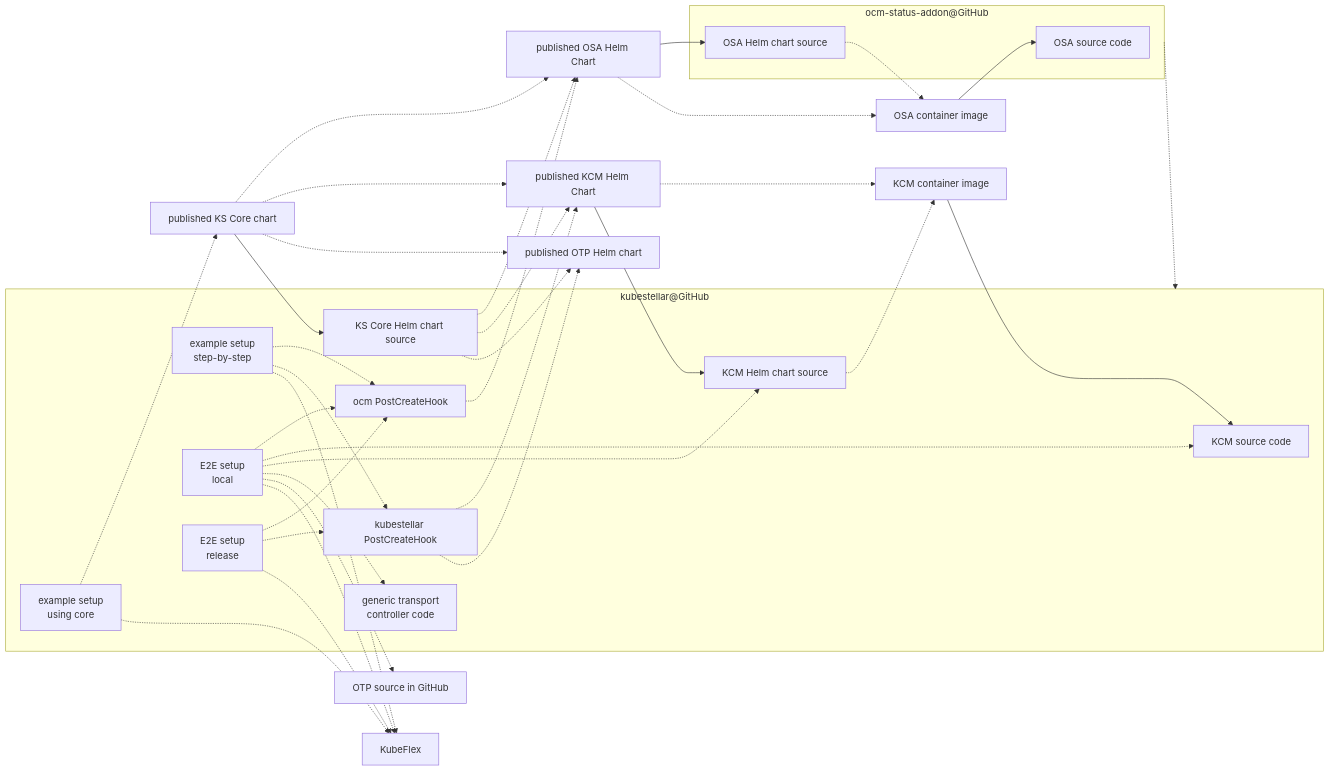
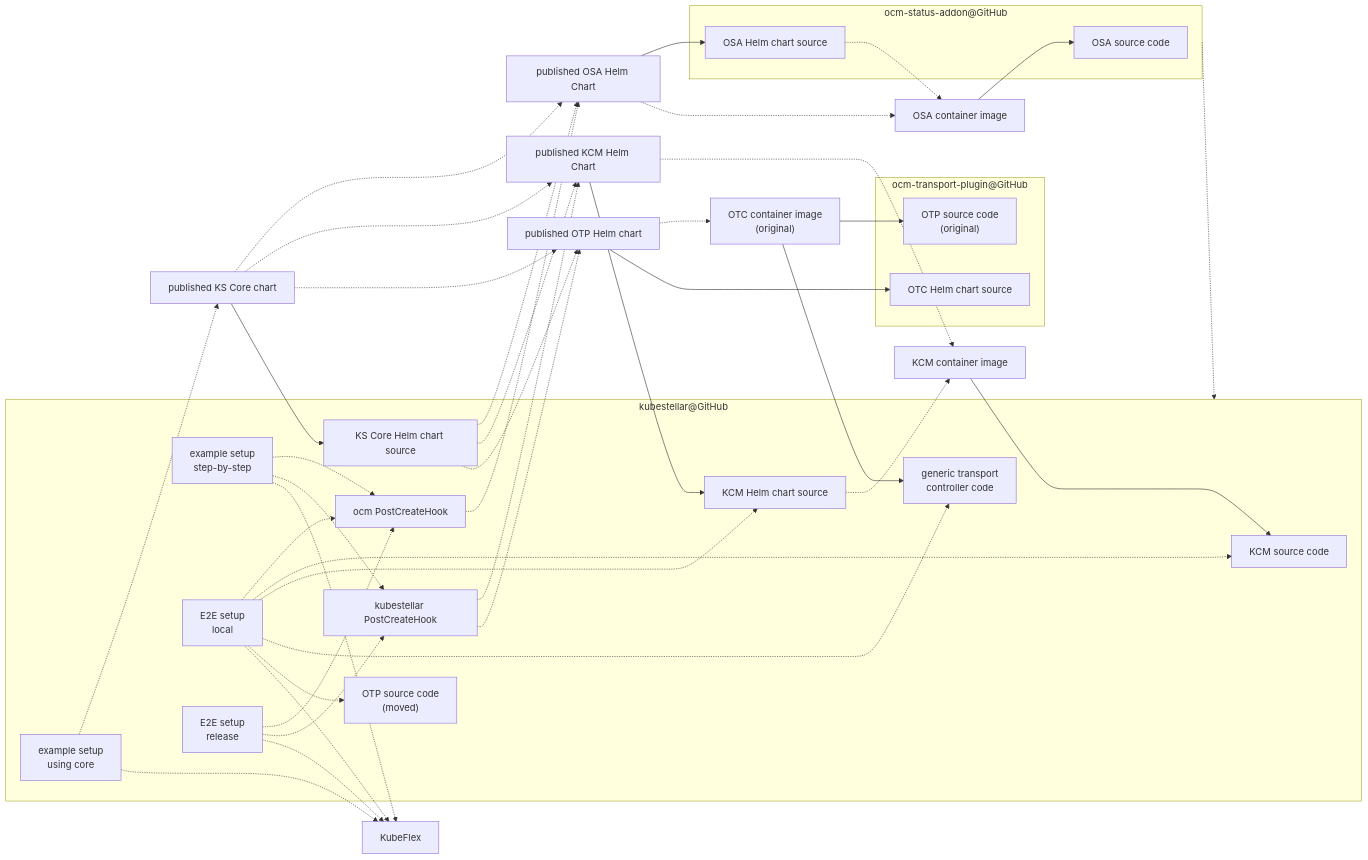
The fifth of 5 diagrams in docs/content/direct/packaging.md (kubestellar/kubestellar), drawn with Mermaid before and after one commit. The commit also changed other lines of this file, not shown here.

Commit message:
Update doc wrt OTP partial move already done

````diff
--- a/docs/content/direct/packaging.md
+++ b/docs/content/direct/packaging.md
@@ -340,53 +345,61 @@
 ```mermaid
 flowchart LR
-    otp_code["OTP source in GitHub"]
+    subgraph otp_repo["ocm-transport-plugin@GitHub"]
+    otp_code_ur["OTP source code<br>(original)"]
+    otp_hc_src[OTC Helm chart source]
+    end
     subgraph osa_repo["ocm-status-addon@GitHub"]
     osa_code[OSA source code]
     osa_hc_src[OSA Helm chart source]
     end
     osa_ctr_image[OSA container image] --> osa_code
     osa_hc_repo[published OSA Helm Chart] --> osa_hc_src
     osa_hc_src -.-> osa_ctr_image
     osa_hc_repo -.-> osa_ctr_image
     subgraph ks_repo["kubestellar@GitHub"]
     kcm_code[KCM source code]
     gtc_code["generic transport<br>controller code"]
+    otp_code["OTP source code<br>(moved)"]
     kcm_hc_src[KCM Helm chart source]
     ksc_hc_src[KS Core Helm chart source]
     ks_pch[kubestellar PostCreateHook]
     ocm_pch["ocm PostCreateHook"]
     setup_ksc["example setup<br>using core"]
     setup_steps["example setup<br>step-by-step"]
     e2e_local["E2E setup<br>local"]
     e2e_release["E2E setup<br>release"]
     end
     osa_repo -.-> ks_repo
     ocm_pch -.-> osa_hc_repo
     kcm_ctr_image[KCM container image] --> kcm_code
     kcm_hc_repo[published KCM Helm Chart] --> kcm_hc_src
     kcm_hc_src -.-> kcm_ctr_image
     kcm_hc_repo -.-> kcm_ctr_image
     ks_pch -.-> kcm_hc_repo
     ks_pch -.-> otp_hc_repo[published OTP Helm chart]
+    otp_hc_repo -.-> otc_ctr_image_ur["OTC container image<br>(original)"]
+    otp_hc_repo --> otp_hc_src
+    otc_ctr_image_ur --> gtc_code
+    otc_ctr_image_ur --> otp_code_ur
     ksc_hc_repo[published KS Core chart] --> ksc_hc_src
     ksc_hc_src -.-> osa_hc_repo
     ksc_hc_src -.-> kcm_hc_repo
     ksc_hc_src -.-> otp_hc_repo
     ksc_hc_repo -.-> osa_hc_repo
     ksc_hc_repo -.-> kcm_hc_repo
     ksc_hc_repo -.-> otp_hc_repo
     setup_steps -.-> ocm_pch
     setup_steps -.-> ks_pch
     setup_steps -.-> KubeFlex
     setup_ksc -.-> ksc_hc_repo
     setup_ksc -.-> KubeFlex
     e2e_local -.-> ocm_pch
     e2e_local -.-> kcm_code
     e2e_local -.-> kcm_hc_src
     e2e_local -.-> gtc_code
     e2e_local -.-> otp_code
     e2e_local -.-> KubeFlex
     e2e_release -.-> ocm_pch
     e2e_release -.-> ks_pch
     e2e_release -.-> KubeFlex
 ```
````
